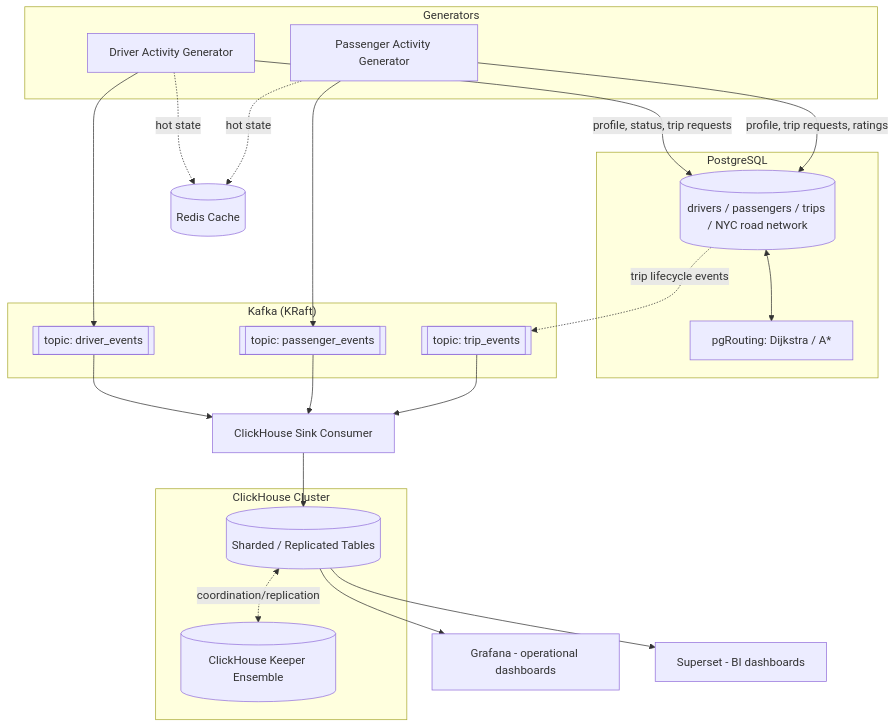
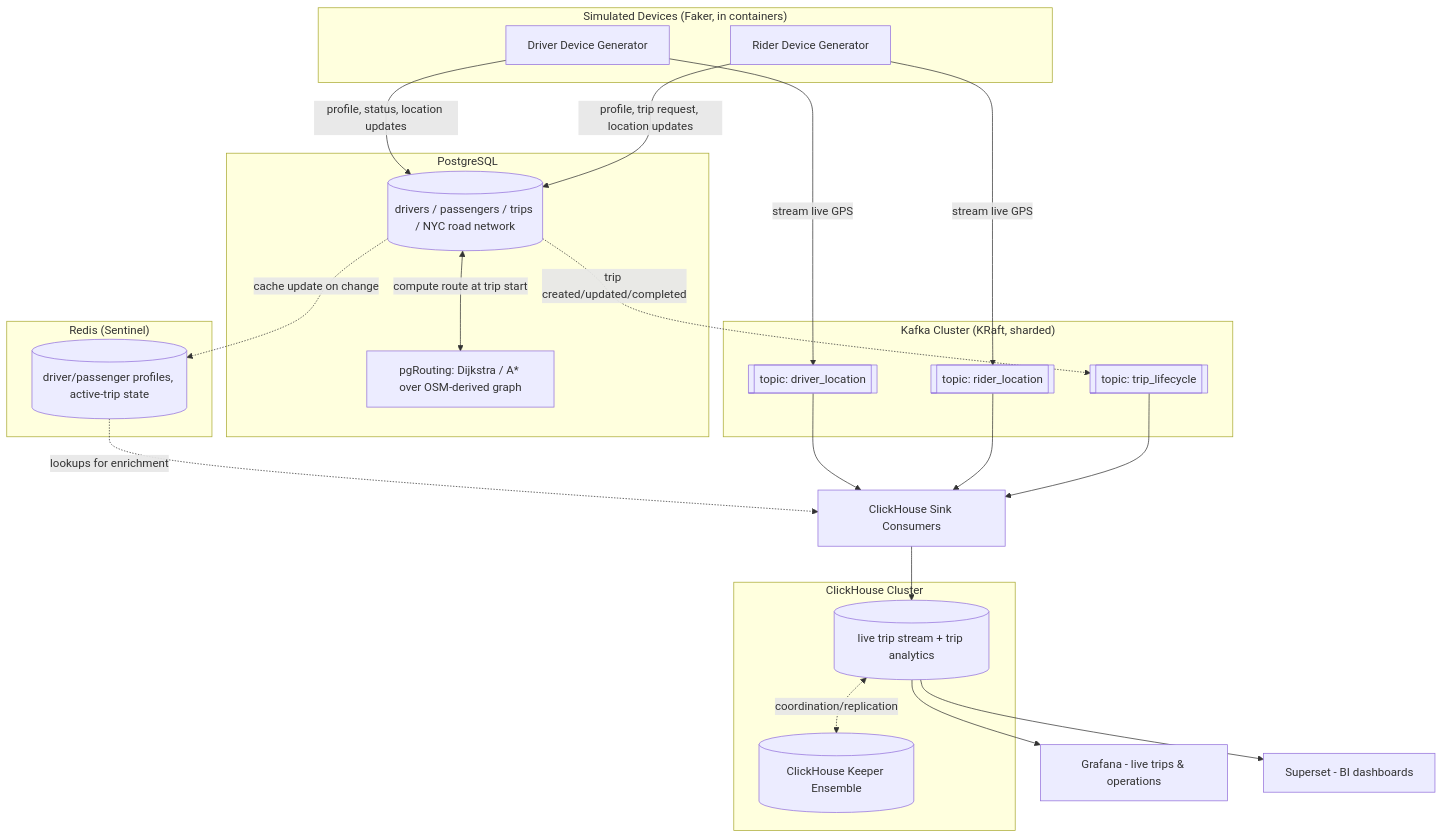
One commit to bahman-farhadian/Meanul-Data-Studio changed the second of 2 diagrams in README.md. Above: the diagram before and after it, drawn with Mermaid. The commit also changed other lines of this file, not shown here.

Commit message:
Refine README: cache pattern, multi-domain note, live trip flow, NYC routing, showcase

````diff
--- a/README.md
+++ b/README.md
@@ -106,49 +143,51 @@
 ```mermaid
 graph TD
-    subgraph Generators
-        DG[Driver Activity Generator]
-        PSG[Passenger Activity Generator]
+    subgraph Devices ["Simulated Devices (Faker, in containers)"]
+        DG[Driver Device Generator]
+        PSG[Rider Device Generator]
     end
 
     subgraph OLTP ["PostgreSQL"]
         DB[(drivers / passengers / trips / NYC road network)]
-        ROUTE[pgRouting: Dijkstra / A*]
+        ROUTE[pgRouting: Dijkstra / A* over OSM-derived graph]
     end
 
-    REDIS[(Redis Cache)]
-
-    subgraph Streaming ["Kafka (KRaft)"]
-        T1[[topic: driver_events]]
-        T2[[topic: passenger_events]]
-        T3[[topic: trip_events]]
+    subgraph Cache ["Redis (Sentinel)"]
+        REDIS[(driver/passenger profiles, active-trip state)]
     end
 
-    SINK[ClickHouse Sink Consumer]
+    subgraph Streaming ["Kafka Cluster (KRaft, sharded)"]
+        T1[[topic: driver_location]]
+        T2[[topic: rider_location]]
+        T3[[topic: trip_lifecycle]]
+    end
+
+    SINK[ClickHouse Sink Consumers]
 
     subgraph OLAP ["ClickHouse Cluster"]
-        CHC[(Sharded / Replicated Tables)]
+        CHC[(live trip stream + trip analytics)]
         KEEPER[(ClickHouse Keeper Ensemble)]
     end
 
-    GRAF[Grafana - operational dashboards]
+    GRAF[Grafana - live trips & operations]
     SUPER[Superset - BI dashboards]
 
-    DG -->|profile, status, trip requests| DB
-    PSG -->|profile, trip requests, ratings| DB
-    DB <--> ROUTE
-    DG -.->|hot state| REDIS
-    PSG -.->|hot state| REDIS
+    DG -->|profile, status, location updates| DB
+    PSG -->|profile, trip request, location updates| DB
+    DB <-->|compute route at trip start| ROUTE
+    DB -.->|cache update on change| REDIS
 
-    DG --> T1
-    PSG --> T2
-    DB -.->|trip lifecycle events| T3
+    DG -->|stream live GPS| T1
+    PSG -->|stream live GPS| T2
+    DB -.->|trip created/updated/completed| T3
 
+    REDIS -.->|lookups for enrichment| SINK
     T1 --> SINK
     T2 --> SINK
     T3 --> SINK
     SINK --> CHC
     CHC <-.->|coordination/replication| KEEPER
 
     CHC --> GRAF
     CHC --> SUPER
 ```
````
